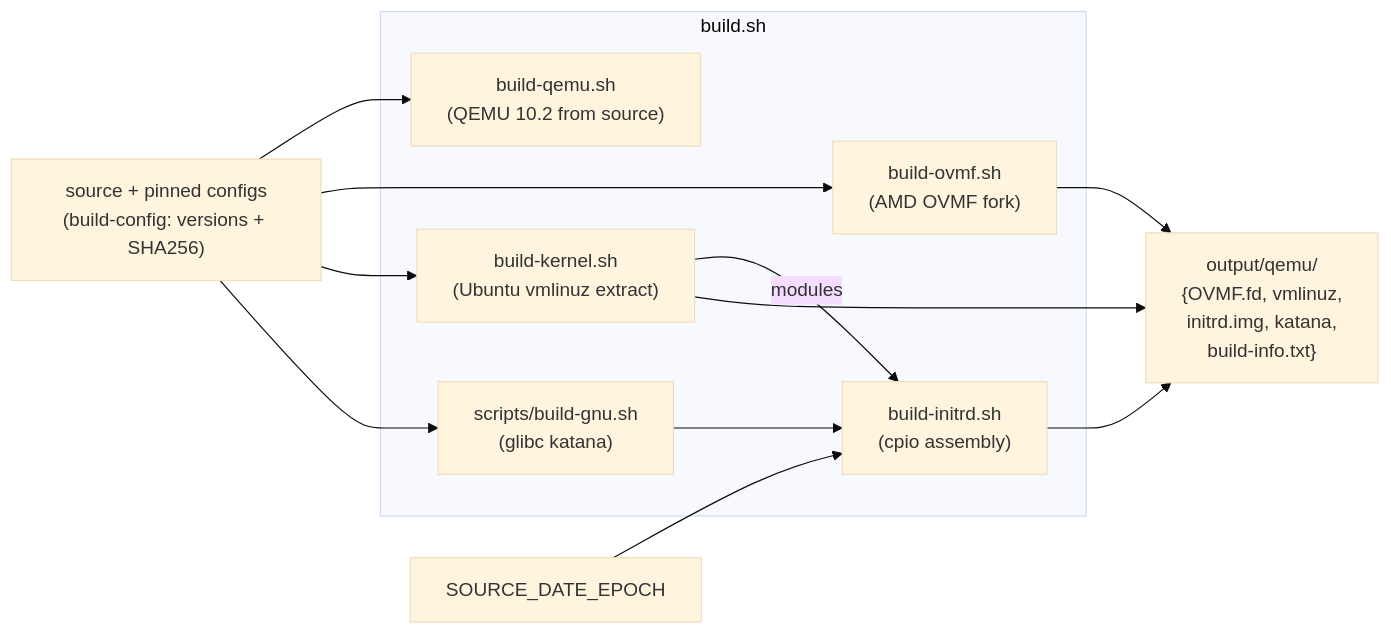
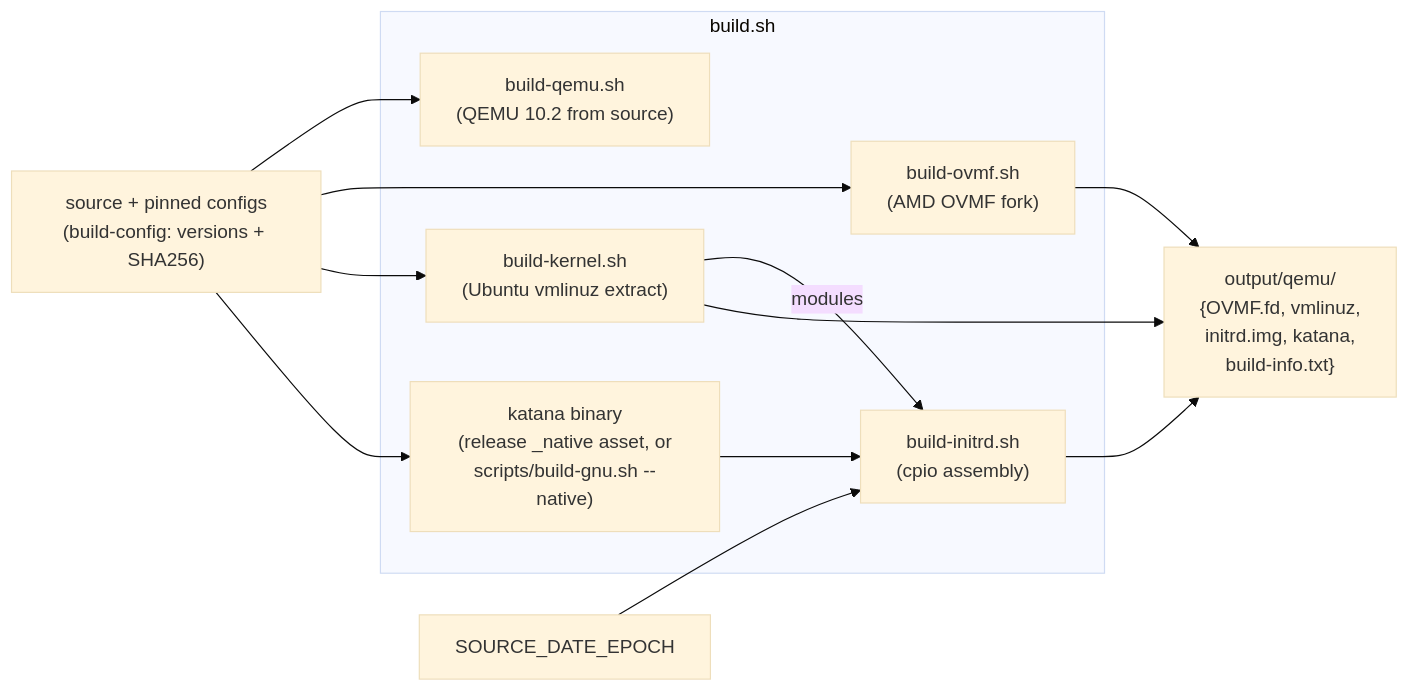
One commit to dojoengine/katana changed the second of 4 diagrams in docs/amdsev.md. Above: the diagram before and after it, drawn with Mermaid (base theme). The commit also changed other lines of this file and 17 other files, not shown here.

First line of the commit message:
feat(tee-vm): embed the cairo-native katana build in the TEE VM image (#636)

````diff
--- a/docs/amdsev.md
+++ b/docs/amdsev.md
@@ -111,24 +116,24 @@
 ```mermaid
 flowchart LR
     src["source + pinned configs<br/>(build-config: versions + SHA256)"]
     sde["SOURCE_DATE_EPOCH"]
     subgraph Build["build.sh"]
         qemu_b["build-qemu.sh<br/>(QEMU 10.2 from source)"]
         ovmf_b["build-ovmf.sh<br/>(AMD OVMF fork)"]
         kernel_b["build-kernel.sh<br/>(Ubuntu vmlinuz extract)"]
-        katana_b["scripts/build-gnu.sh<br/>(glibc katana)"]
+        katana_b["katana binary<br/>(release _native asset, or<br/>scripts/build-gnu.sh --native)"]
         initrd_b["build-initrd.sh<br/>(cpio assembly)"]
     end
     out["output/qemu/<br/>{OVMF.fd, vmlinuz,<br/>initrd.img, katana,<br/>build-info.txt}"]
 
     src --> qemu_b
     src --> ovmf_b
     src --> kernel_b
     src --> katana_b
     sde --> initrd_b
     katana_b --> initrd_b
     kernel_b -->|modules| initrd_b
     ovmf_b --> out
     kernel_b --> out
     initrd_b --> out
 ```
````
